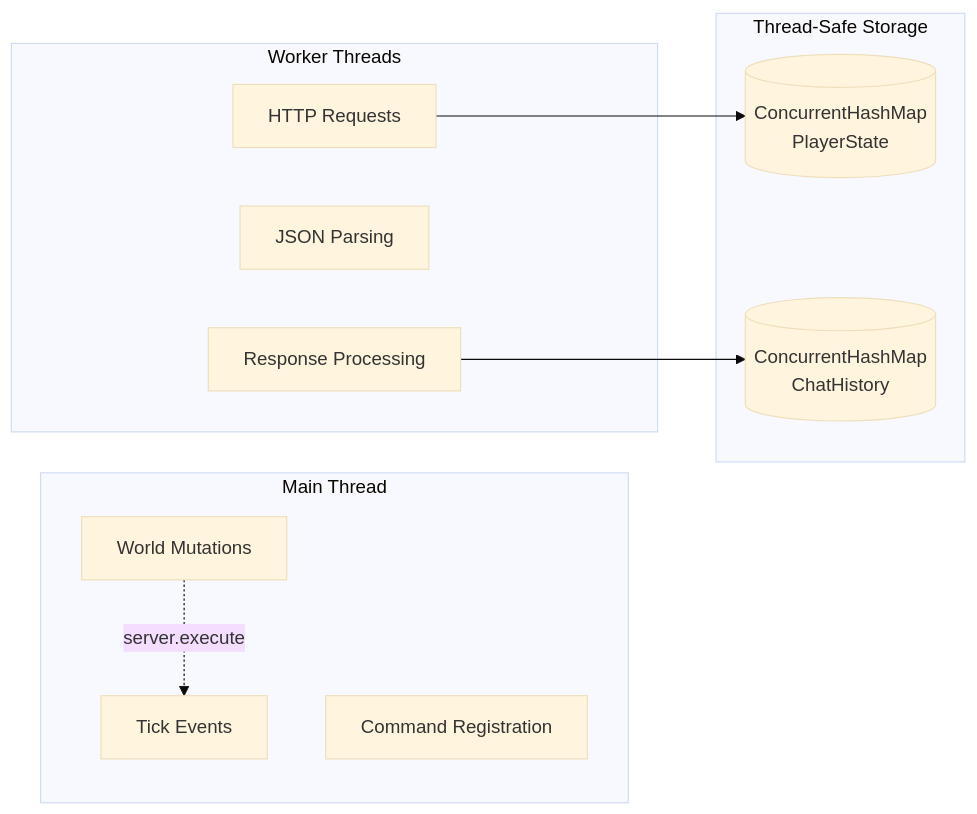
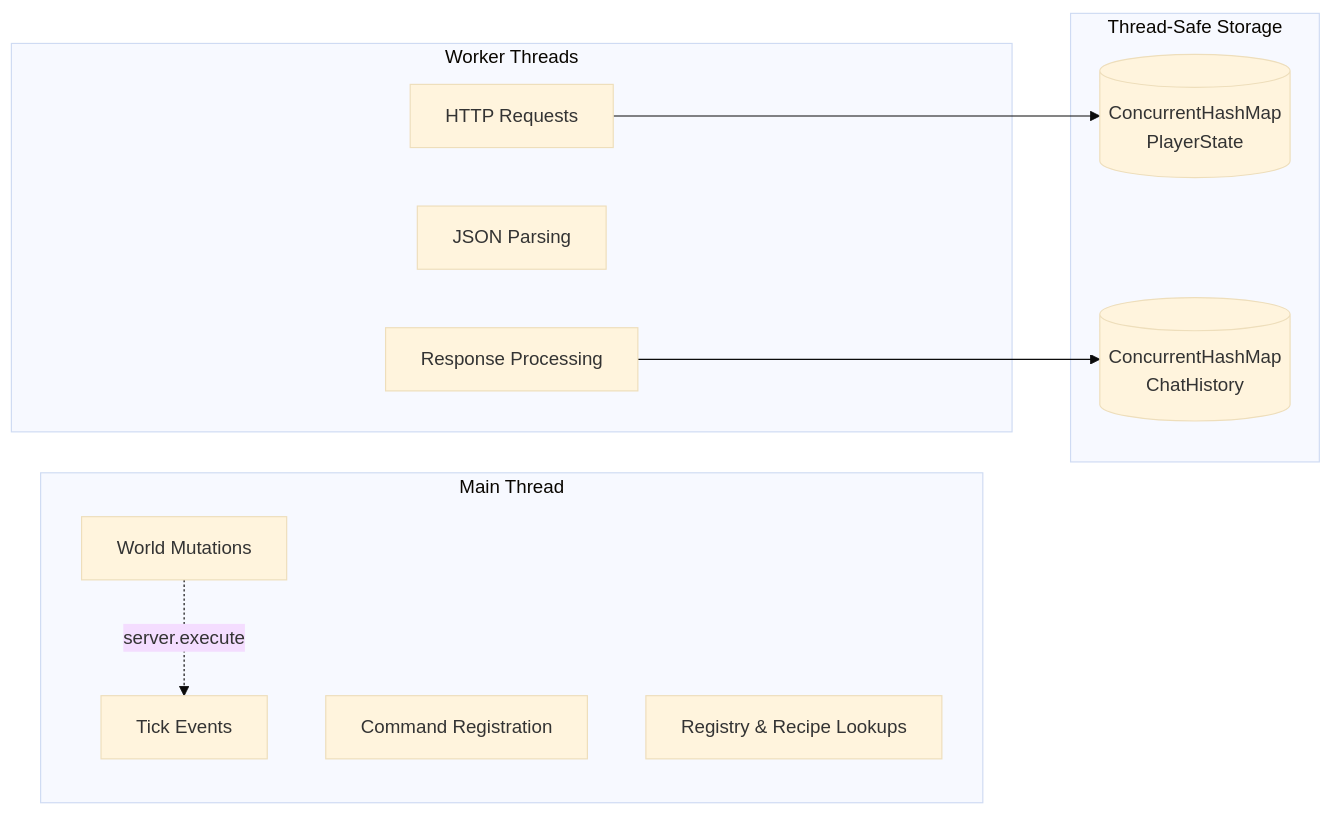
One commit to GURU-124/gemini-minecraft changed the fifth of 6 diagrams in README.md. Above: the diagram before and after it, drawn with Mermaid (base theme). The commit also changed other lines of this file, not shown here.

Commit message:
Update technical architecture diagrams for Registry and Recipe integrations

````diff
--- a/README.md
+++ b/README.md
@@ -251,23 +262,24 @@
 ```mermaid
 graph LR
     subgraph Main Thread
         A[Tick Events]
         B[Command Registration]
+        B1[Registry & Recipe Lookups]
         C[World Mutations]
     end
     
     subgraph Worker Threads
         D[HTTP Requests]
         E[JSON Parsing]
         F[Response Processing]
     end
     
     subgraph Thread-Safe Storage
         G[(ConcurrentHashMap<br>PlayerState)]
         H[(ConcurrentHashMap<br>ChatHistory)]
     end
     
     D --> G
     F --> H
     C -.->|server.execute| A
 ```
````
